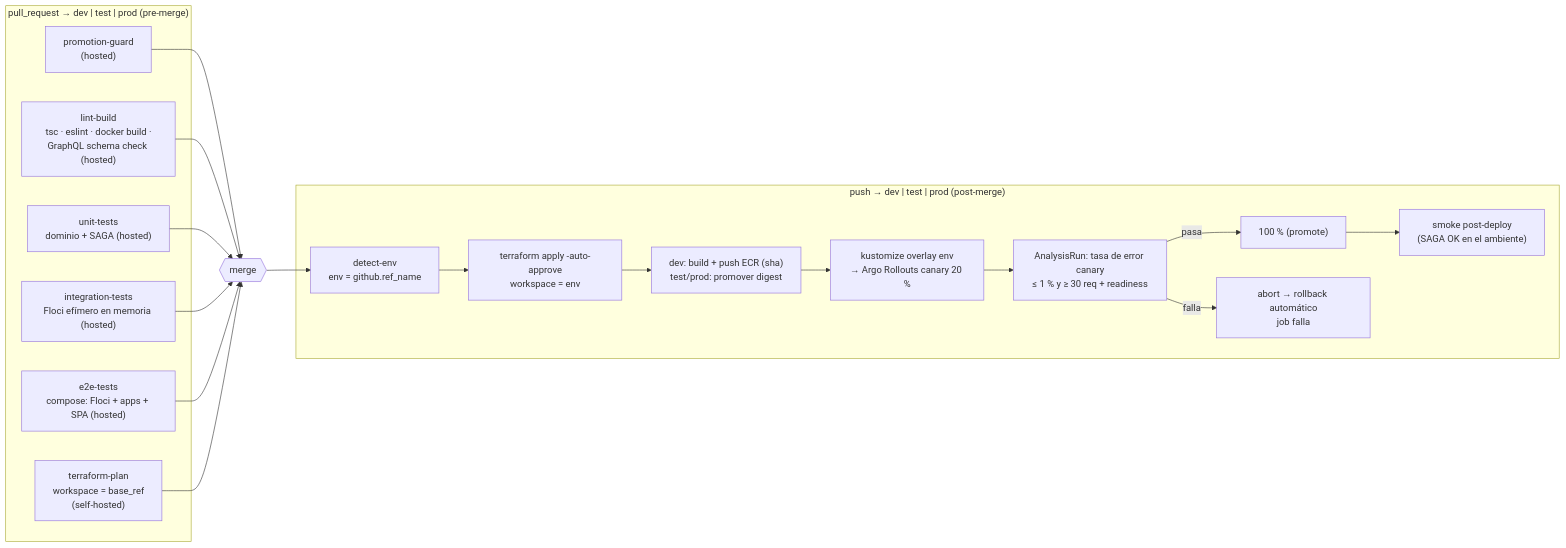
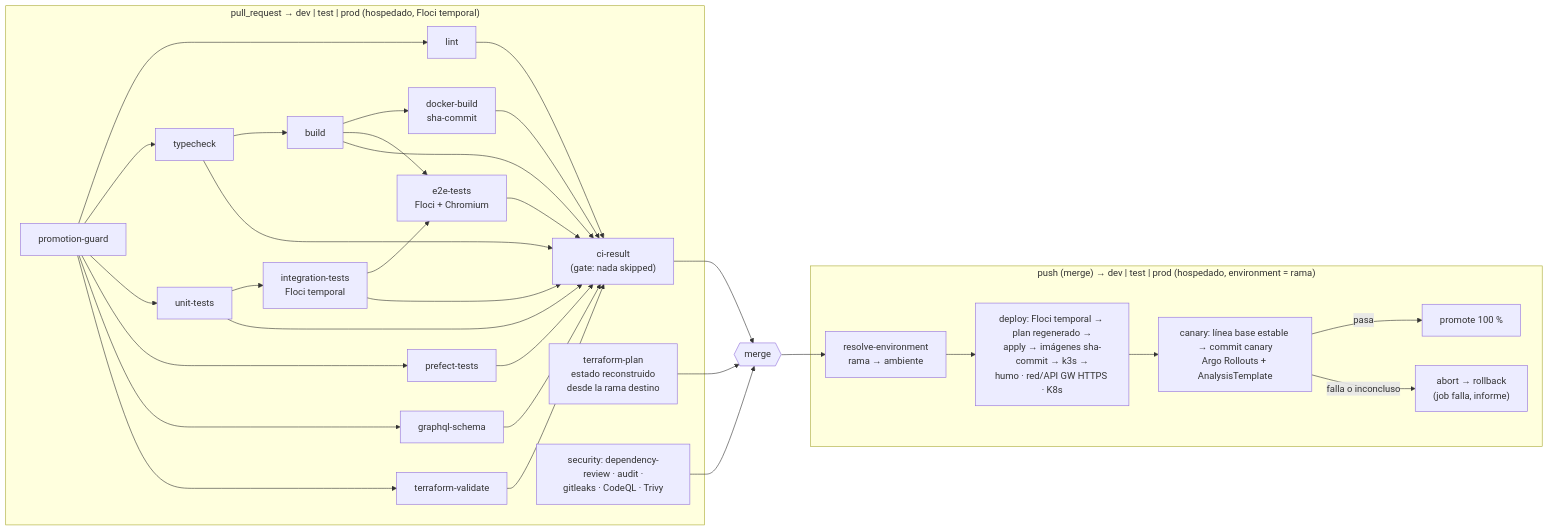
Before and after one commit to santiagoSaMi/aegisvolt: the diagram in docs/architecture/07-cicd.md, drawn with Mermaid. The commit also changed other lines of this file and 44 other files, not shown here.

````diff
--- a/docs/architecture/07-cicd.md
+++ b/docs/architecture/07-cicd.md
@@ -32,25 +30,30 @@
 ```mermaid
 flowchart LR
-  subgraph pr["pull_request → dev | test | prod (pre-merge)"]
-    guard["promotion-guard<br/>(hosted)"]
-    lint["lint-build<br/>tsc · eslint · docker build ·<br/>GraphQL schema check (hosted)"]
-    unit["unit-tests<br/>dominio + SAGA (hosted)"]
-    integ["integration-tests<br/>Floci efímero en memoria (hosted)"]
-    e2e["e2e-tests<br/>compose: Floci + apps + SPA (hosted)"]
-    plan["terraform-plan<br/>workspace = base_ref<br/>(self-hosted)"]
+  subgraph pr["pull_request → dev | test | prod (hospedado, Floci temporal)"]
+    guard["promotion-guard"]
+    lint["lint"] & tc["typecheck"] & unit["unit-tests"] & py["prefect-tests"] & gql["graphql-schema"] & tfv["terraform-validate"]
+    build["build"]
+    integ["integration-tests<br/>Floci temporal"]
+    e2e["e2e-tests<br/>Floci + Chromium"]
+    dock["docker-build<br/>sha-commit"]
+    result["ci-result<br/>(gate: nada skipped)"]
+    plan["terraform-plan<br/>estado reconstruido<br/>desde la rama destino"]
+    sec["security: dependency-review · audit ·<br/>gitleaks · CodeQL · Trivy"]
+    guard --> lint & tc & unit & py & gql & tfv
+    tc --> build --> dock
+    unit --> integ --> e2e
+    build --> e2e
+    lint & tc & unit & py & gql & tfv & build & integ & e2e & dock --> result
   end
-  subgraph push["push → dev | test | prod (post-merge)"]
-    detect["detect-env<br/>env = github.ref_name"]
-    apply["terraform apply -auto-approve<br/>workspace = env"]
-    img["dev: build + push ECR (sha)<br/>test/prod: promover digest"]
-    deploy["kustomize overlay env<br/>→ Argo Rollouts canary 20 %"]
-    analysis["AnalysisRun: tasa de error canary<br/>≤ 1 % y ≥ 30 req + readiness"]
-    promote["100 % (promote)"]
-    rollback["abort → rollback automático<br/>job falla"]
-    smoke["smoke post-deploy<br/>(SAGA OK en el ambiente)"]
+  subgraph push["push (merge) → dev | test | prod (hospedado, environment = rama)"]
+    resolve["resolve-environment<br/>rama → ambiente"]
+    deploy["deploy: Floci temporal → plan regenerado →<br/>apply → imágenes sha-commit → k3s →<br/>humo · red/API GW HTTPS · K8s"]
+    canary["canary: línea base estable → commit canary<br/>Argo Rollouts + AnalysisTemplate"]
+    promote["promote 100 %"]
+    rollback["abort → rollback<br/>(job falla, informe)"]
+    resolve --> deploy --> canary
+    canary -->|pasa| promote
+    canary -->|falla o inconcluso| rollback
   end
-  guard & lint & unit & integ & e2e & plan --> merge{{merge}}
-  merge --> detect --> apply --> img --> deploy --> analysis
-  analysis -->|pasa| promote --> smoke
-  analysis -->|falla| rollback
+  result & plan & sec --> merge{{merge}} --> resolve
 ```
````
